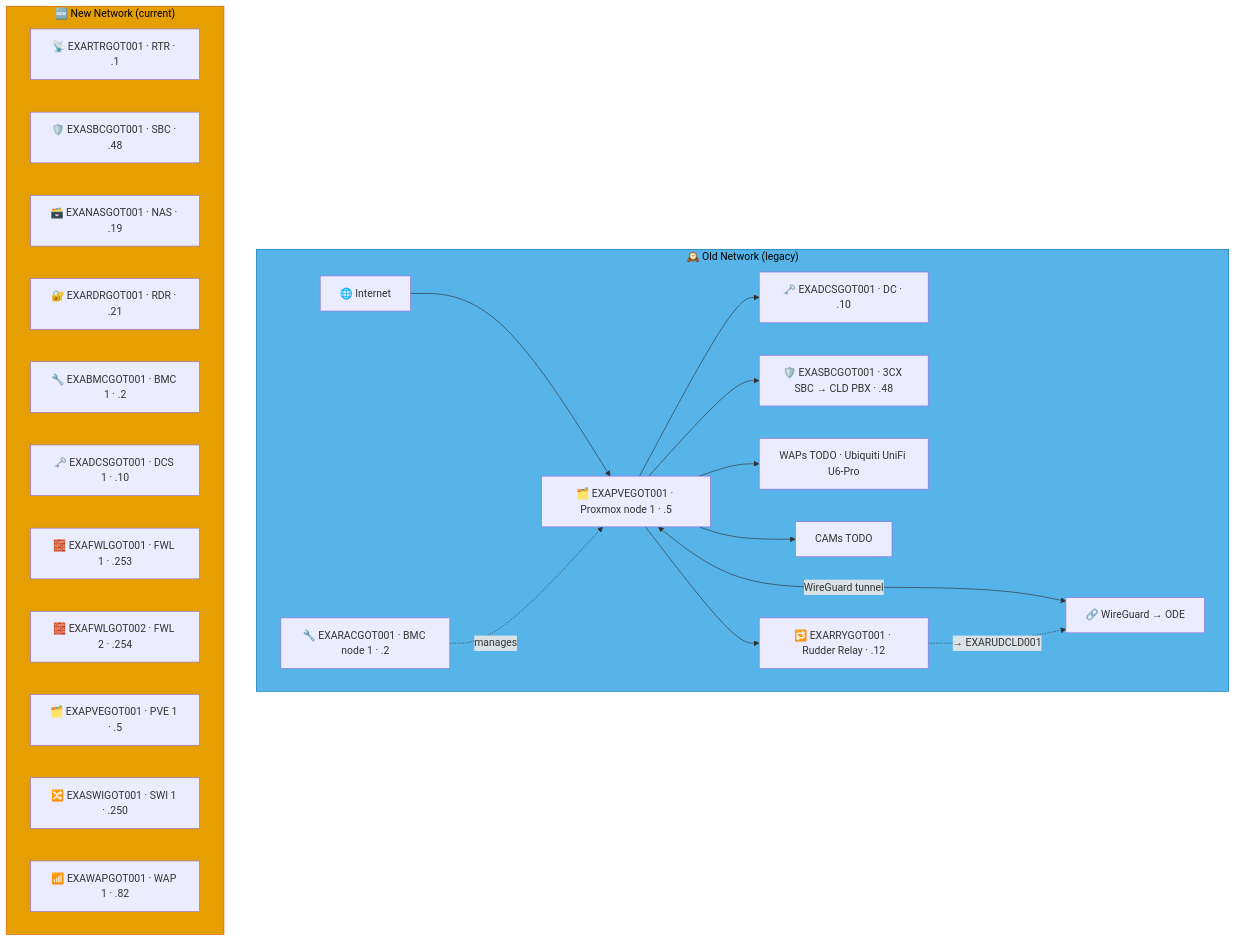
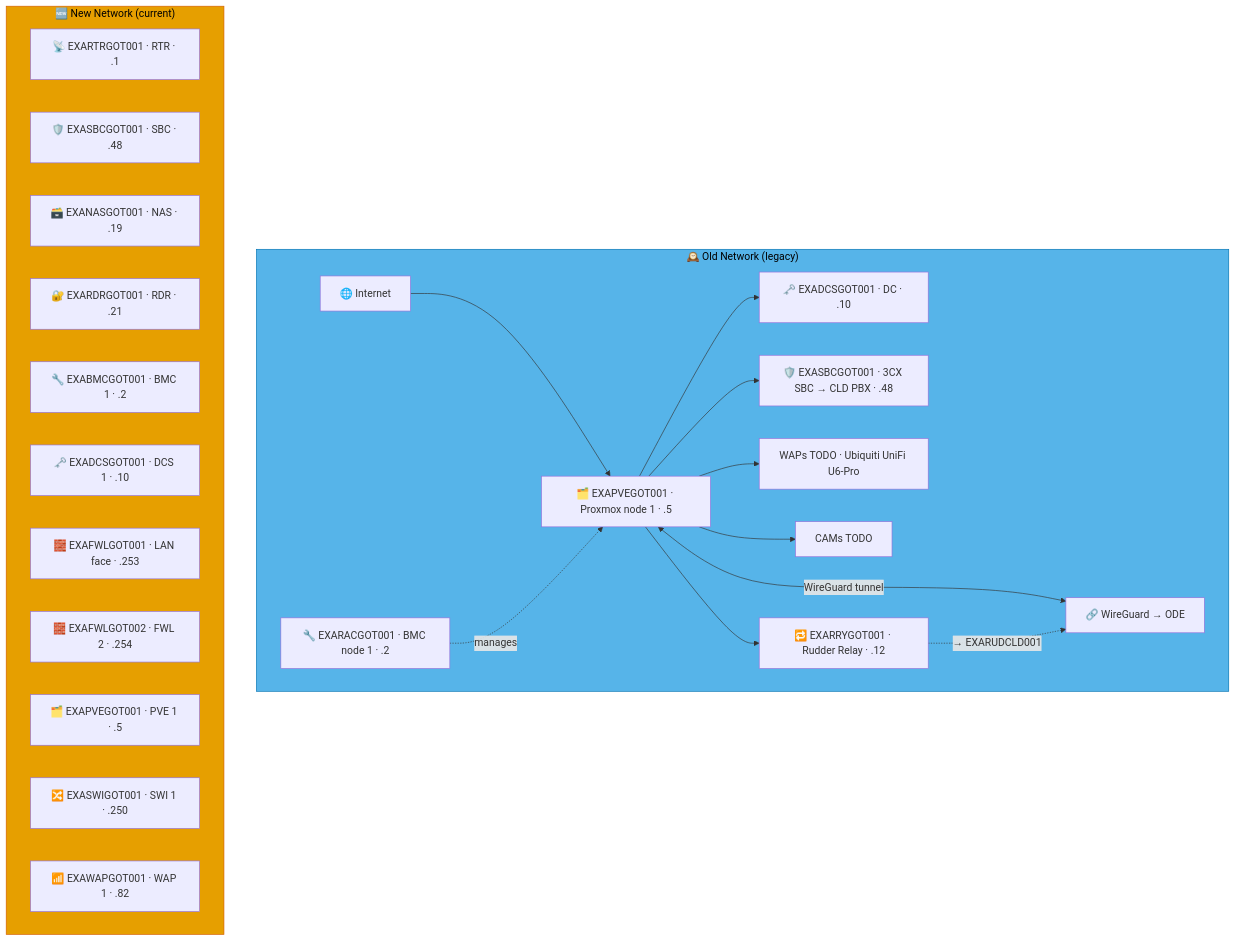
One commit to knightmare2600/example_music_infra changed the diagram in docs/network-diagram/sverige.md. Above: the diagram before and after it, drawn with Mermaid. The commit also changed 17 other files, not shown here.

````diff
--- a/docs/network-diagram/sverige.md
+++ b/docs/network-diagram/sverige.md
@@ -16,39 +16,39 @@
 ```mermaid
 graph TD
     subgraph OLD_GOT ["🕰️ Old Network (legacy)"]
       INET["🌐 Internet"]
       RAC["🔧 EXARACGOT001 · BMC node 1 · .2"]
       PVE["🗂️ EXAPVEGOT001 · Proxmox node 1 · .5"]
       DC["🗝️ EXADCSGOT001 · DC · .10"]
       SBC["🛡️ EXASBCGOT001 · 3CX SBC → CLD PBX · .48"]
       RRY["🔁 EXARRYGOT001 · Rudder Relay · .12"]
       WAP["WAPs TODO · Ubiquiti UniFi U6-Pro"]
       CAM["CAMs TODO"]
       VPN["🔗 WireGuard → ODE"]
 
       INET --> PVE --> DC & SBC
       RAC -.->|"manages"| PVE
       PVE --> WAP & CAM
       PVE <-->|"WireGuard tunnel"| VPN
 
       PVE --> RRY
       RRY -. "→ EXARUDCLD001" .-> VPN
     end
     style OLD_GOT fill:#56B4E9,stroke:#0072B2,color:#000000
     %% GENERATED:NEW-NETWORK:GOT:START
     subgraph NEW_GOT ["🆕 New Network (current)"]
       N_RTR["📡 EXARTRGOT001 · RTR · .1"]
       N_SBC["🛡️ EXASBCGOT001 · SBC · .48"]
       N_NAS["🗃️ EXANASGOT001 · NAS · .19"]
       N_RDR["🔐 EXARDRGOT001 · RDR · .21"]
       N_BMC["🔧 EXABMCGOT001 · BMC 1 · .2"]
       N_DCS["🗝️ EXADCSGOT001 · DCS 1 · .10"]
-      N_FWL["🧱 EXAFWLGOT001 · FWL 1 · .253"]
+      N_FWL["🧱 EXAFWLGOT001 · LAN face · .253"]
       N_FWL2["🧱 EXAFWLGOT002 · FWL 2 · .254"]
       N_PVE["🗂️ EXAPVEGOT001 · PVE 1 · .5"]
       N_SWI["🔀 EXASWIGOT001 · SWI 1 · .250"]
       N_WAP["📶 EXAWAPGOT001 · WAP 1 · .82"]
     end
     style NEW_GOT fill:#E69F00,stroke:#D55E00,color:#000000
     %% GENERATED:NEW-NETWORK:GOT:END
 ```
````
